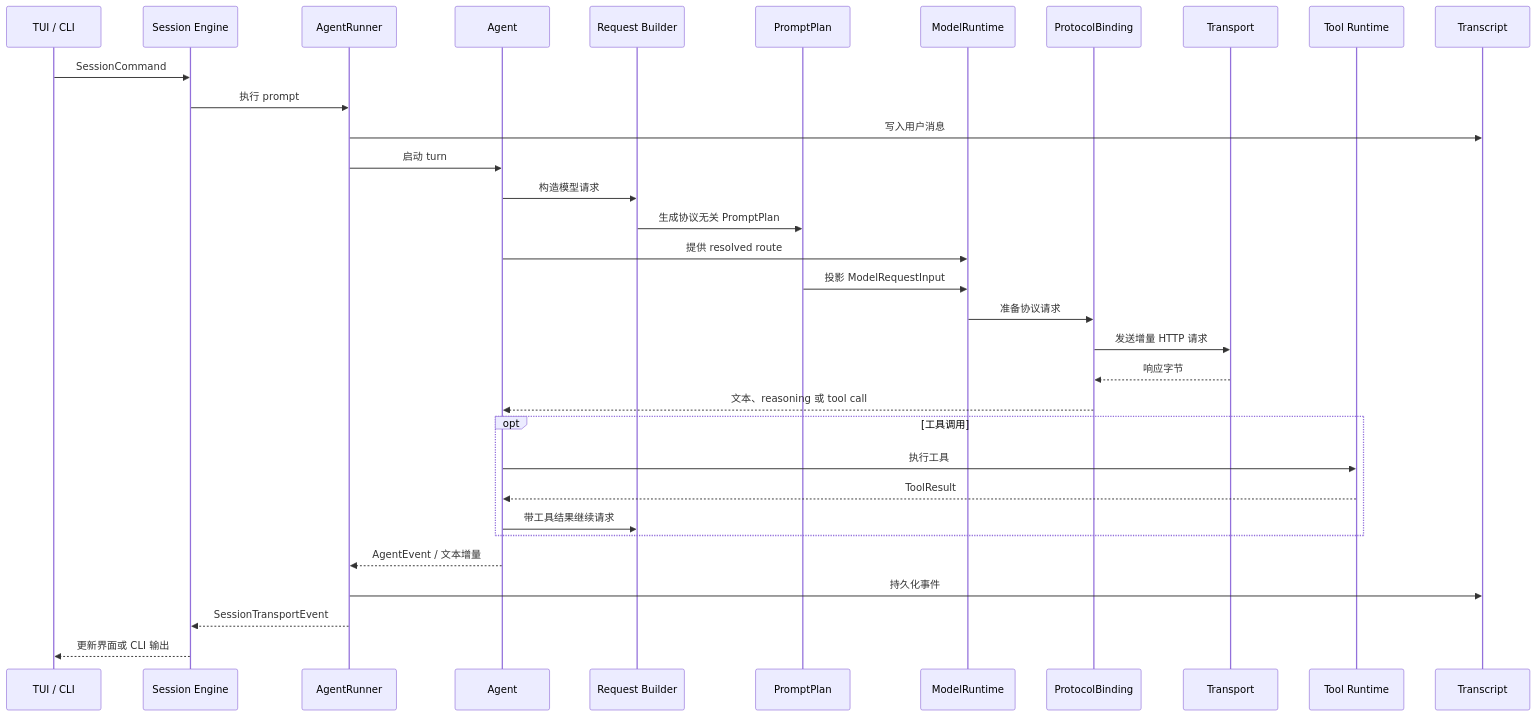
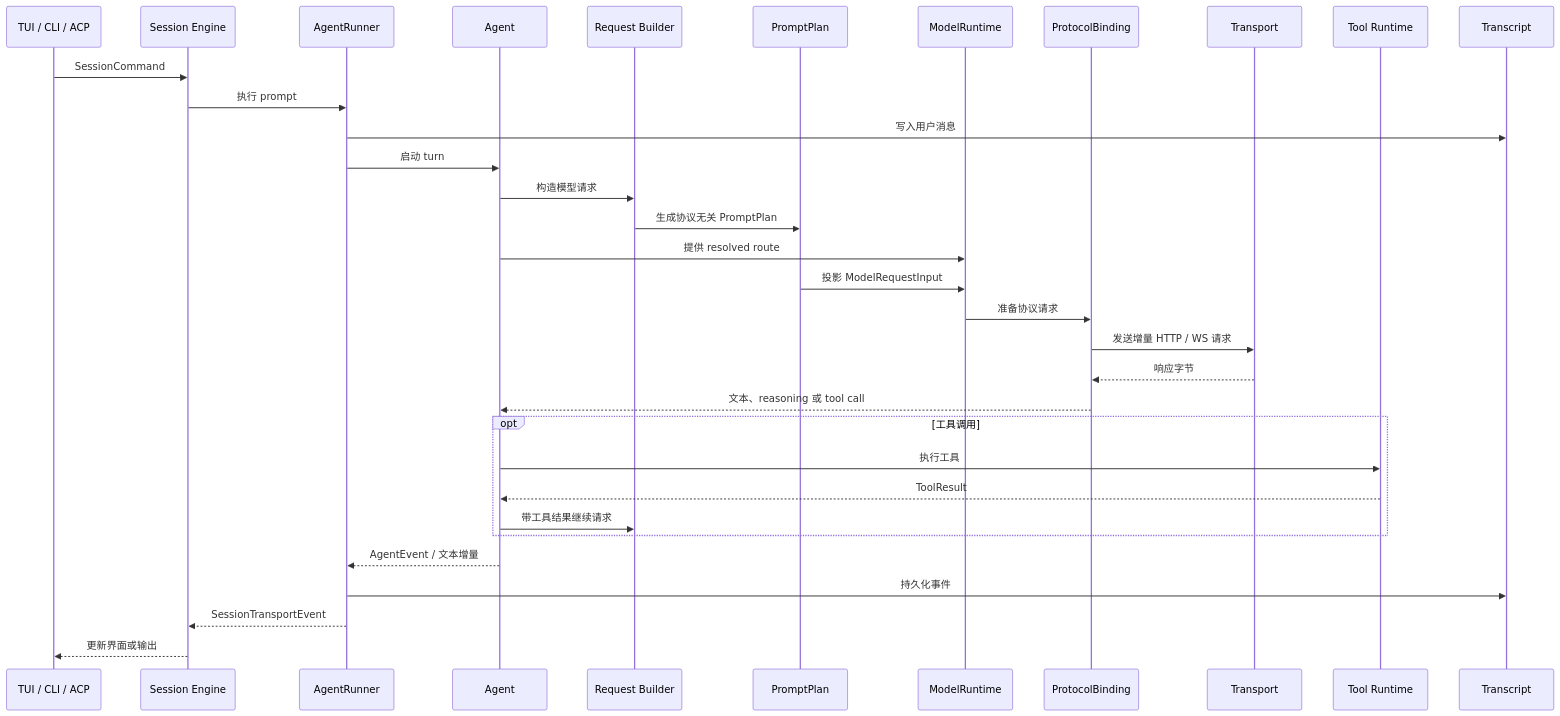
Before and after one commit to letr007/letcode: the second of 2 diagrams in docs/index.md, drawn with Mermaid. The commit also changed other lines of this file and 20 other files, not shown here.

````diff
--- a/docs/index.md
+++ b/docs/index.md
@@ -91,38 +150,38 @@
 ```mermaid
 sequenceDiagram
-    participant UI as TUI / CLI
+    participant UI as TUI / CLI / ACP
     participant Session as Session Engine
     participant Runner as AgentRunner
     participant Agent as Agent
     participant Request as Request Builder
     participant Plan as PromptPlan
     participant Runtime as ModelRuntime
     participant Binding as ProtocolBinding
     participant Transport as Transport
     participant Tool as Tool Runtime
     participant Transcript as Transcript
 
     UI->>Session: SessionCommand
     Session->>Runner: 执行 prompt
     Runner->>Transcript: 写入用户消息
     Runner->>Agent: 启动 turn
     Agent->>Request: 构造模型请求
     Request->>Plan: 生成协议无关 PromptPlan
     Agent->>Runtime: 提供 resolved route
     Plan->>Runtime: 投影 ModelRequestInput
     Runtime->>Binding: 准备协议请求
-    Binding->>Transport: 发送增量 HTTP 请求
+    Binding->>Transport: 发送增量 HTTP / WS 请求
     Transport-->>Binding: 响应字节
     Binding-->>Agent: 文本、reasoning 或 tool call
 
     opt 工具调用
         Agent->>Tool: 执行工具
         Tool-->>Agent: ToolResult
         Agent->>Request: 带工具结果继续请求
     end
 
     Agent-->>Runner: AgentEvent / 文本增量
     Runner->>Transcript: 持久化事件
     Runner-->>Session: SessionTransportEvent
-    Session-->>UI: 更新界面或 CLI 输出
+    Session-->>UI: 更新界面或输出
 ```
````
